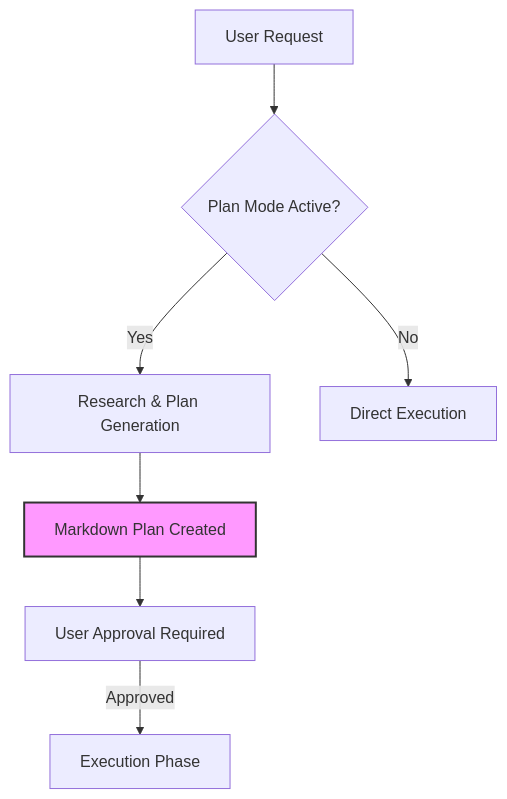
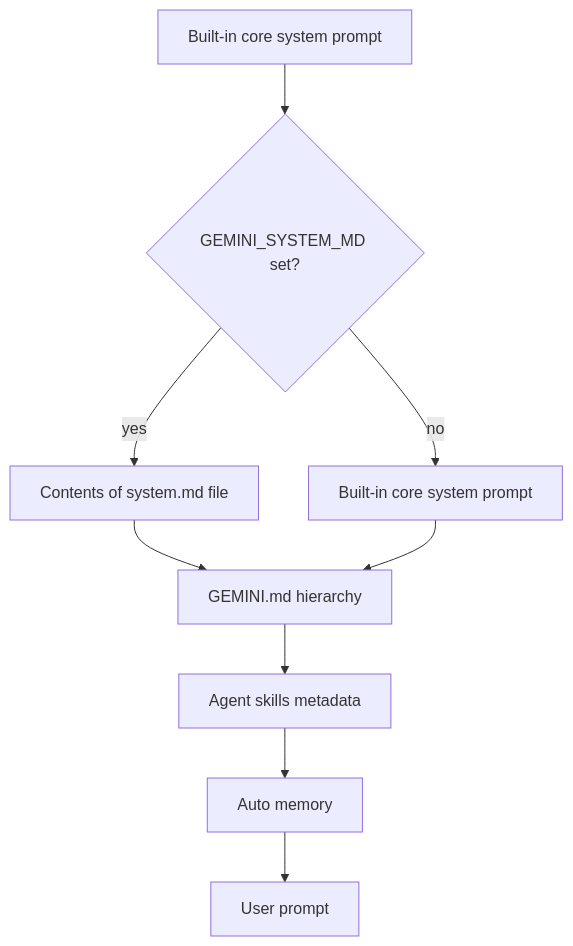
One commit to yankeeinlondon/rusty-biscuit changed the diagram in claudine/docs/research/system-prompt/gemini.md. Above: the diagram before and after it, drawn with Mermaid. The commit also changed other lines of this file and 9 other files, not shown here.

First line of the commit message:
docs(claudine): expand system-prompt fleet with new providers

````diff
--- a/claudine/docs/research/system-prompt/gemini.md
+++ b/claudine/docs/research/system-prompt/gemini.md
@@ -56,10 +285,11 @@
 ```mermaid
 graph TD
-    A[User Request] --> B{Plan Mode Active?}
-    B -- Yes --> C[Research & Plan Generation]
-    C --> D[Markdown Plan Created]
-    D --> E[User Approval Required]
-    E -- Approved --> F[Execution Phase]
-    B -- No --> G[Direct Execution]
-    style D fill:#f9f,stroke:#333,stroke-width:2px
+    A[Built-in core system prompt] --> B{GEMINI_SYSTEM_MD set?}
+    B -- yes --> C[Contents of system.md file]
+    B -- no --> D[Built-in core system prompt]
+    C --> E[GEMINI.md hierarchy]
+    D --> E
+    E --> F[Agent skills metadata]
+    F --> G[Auto memory]
+    G --> H[User prompt]
 ```
````
